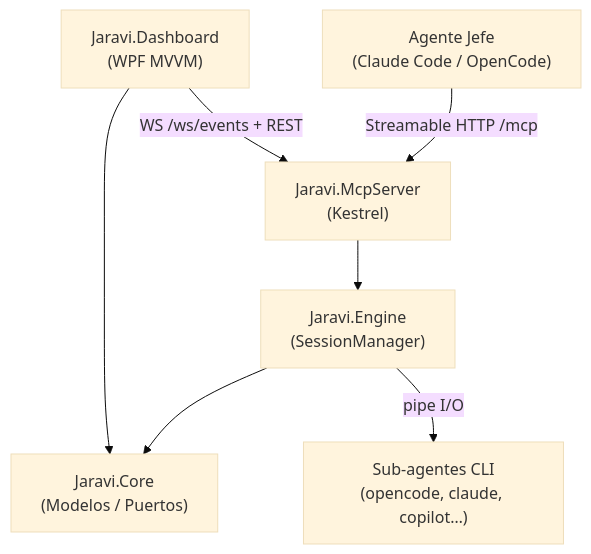
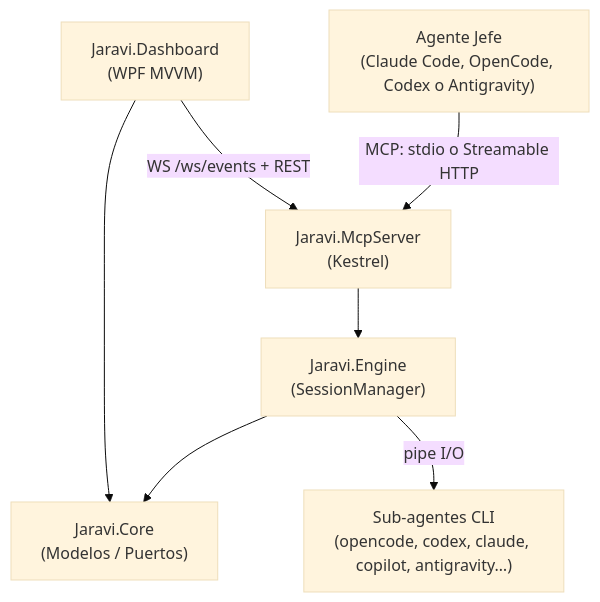
Before and after one commit to JOSETRA44/jaravi: the diagram in jaravi-docs/Arquitectura.md, drawn with Mermaid (base theme). The commit also changed other lines of this file and 32 other files, not shown here.

First line of the commit message:
Add documentation and improve feedback for Jaravi MCP Server

````diff
--- a/jaravi-docs/Arquitectura.md
+++ b/jaravi-docs/Arquitectura.md
@@ -9,16 +9,16 @@
 ```mermaid
 flowchart TB
-    Boss["Agente Jefe<br/>(Claude Code / OpenCode)"]
+    Boss["Agente Jefe<br/>(Claude Code, OpenCode, Codex o Antigravity)"]
     Dashboard["Jaravi.Dashboard<br/>(WPF MVVM)"]
     McpServer["Jaravi.McpServer<br/>(Kestrel)"]
     Engine["Jaravi.Engine<br/>(SessionManager)"]
     Core["Jaravi.Core<br/>(Modelos / Puertos)"]
-    Sub["Sub-agentes CLI<br/>(opencode, claude, copilot…)"]
+    Sub["Sub-agentes CLI<br/>(opencode, codex, claude, copilot, antigravity…)"]
 
-    Boss -- Streamable HTTP /mcp --> McpServer
+    Boss -- MCP: stdio o Streamable HTTP --> McpServer
     Dashboard -- WS /ws/events + REST --> McpServer
     McpServer --> Engine
     Engine --> Core
     Dashboard --> Core
     Engine -- pipe I/O --> Sub
 ```
````
